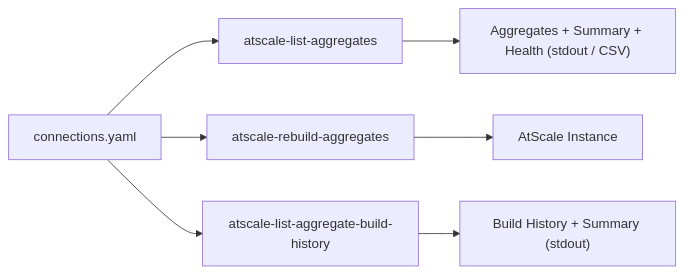
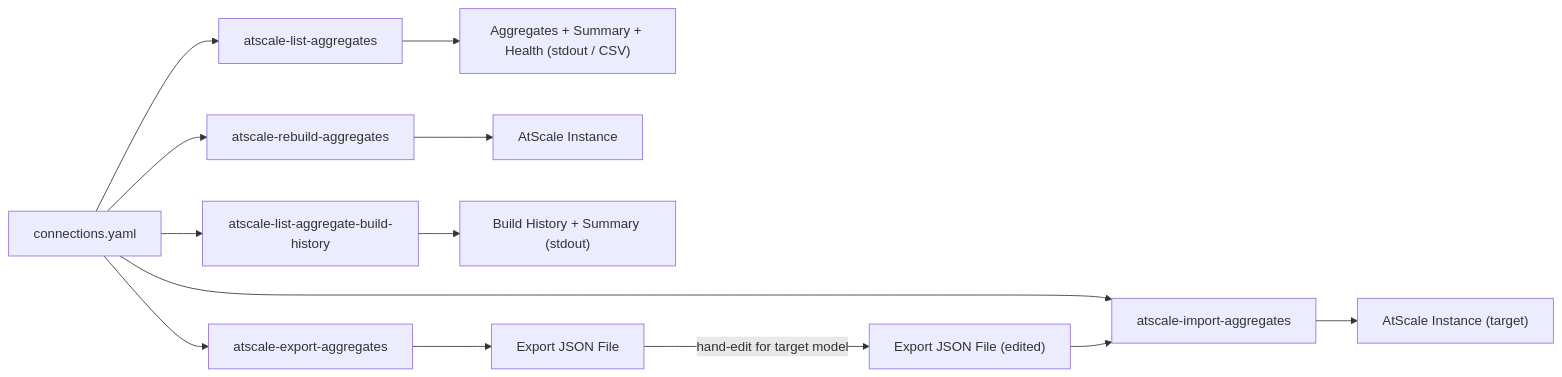
Before and after one commit to AtScaleInc/ps-utils: the ninth of 9 diagrams in README.md, drawn with Mermaid. The commit also changed other lines of this file and 18 other files, not shown here.

First line of the commit message:
Add aggregate export/import and optional catalog/model picking

````diff
--- a/README.md
+++ b/README.md
@@ -139,6 +141,11 @@
 ```mermaid
 flowchart LR
     CONN["connections.yaml"] --> A["atscale-list-aggregates"] --> INFO["Aggregates + Summary + Health (stdout / CSV)"]
     CONN --> B["atscale-rebuild-aggregates"] --> ATS["AtScale Instance"]
     CONN --> C["atscale-list-aggregate-build-history"] --> HIST["Build History + Summary (stdout)"]
+    CONN --> D["atscale-export-aggregates"] --> EXP["Export JSON File"]
+    EXP -->|hand-edit for target model| IMPFILE["Export JSON File (edited)"]
+    CONN --> E["atscale-import-aggregates"]
+    IMPFILE --> E
+    E --> ATS2["AtScale Instance (target)"]
 ```
````
